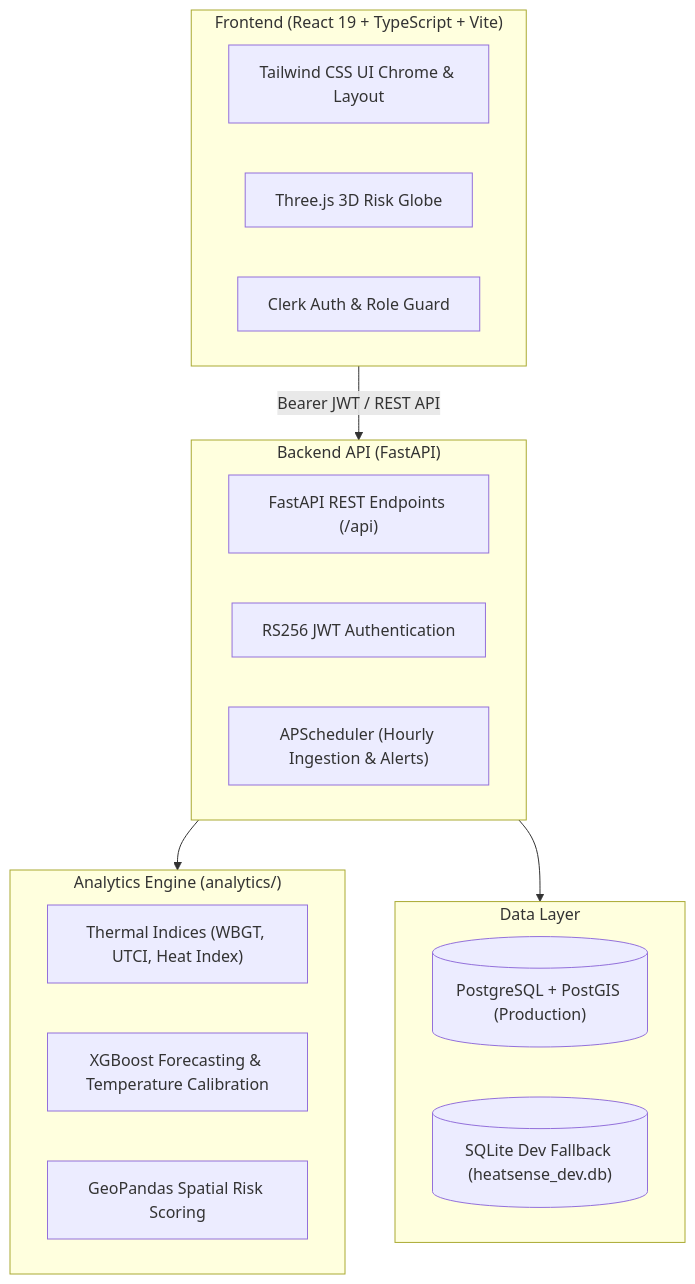
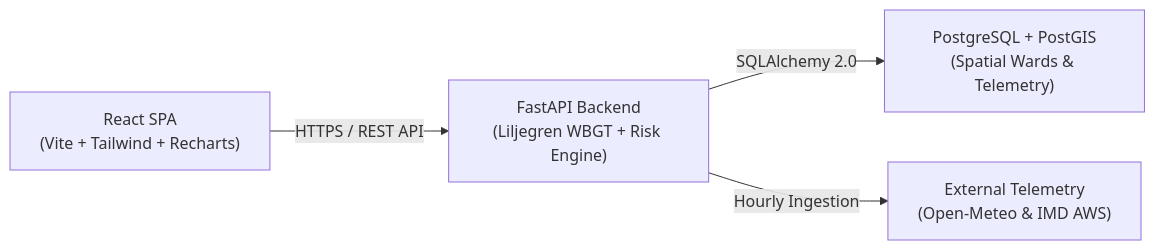
One commit to AkshatKardak/ThermaGrid changed the diagram in README.md. Above: the diagram before and after it, drawn with Mermaid. The commit also changed other lines of this file and 50 other files, not shown here.

````diff
--- a/README.md
+++ b/README.md
@@ -98,29 +33,6 @@
 ```mermaid
-flowchart TD
-  subgraph Frontend ["Frontend (React 19 + TypeScript + Vite)"]
-    UI["Tailwind CSS UI Chrome & Layout"]
-    GL["Three.js 3D Risk Globe"]
-    AuthUI["Clerk Auth & Role Guard"]
-  end
-
-  subgraph Backend ["Backend API (FastAPI)"]
-    API["FastAPI REST Endpoints (/api)"]
-    AuthGuard["RS256 JWT Authentication"]
-    Sched["APScheduler (Hourly Ingestion & Alerts)"]
-  end
-
-  subgraph Analytics ["Analytics Engine (analytics/)"]
-    Physics["Thermal Indices (WBGT, UTCI, Heat Index)"]
-    ML["XGBoost Forecasting & Temperature Calibration"]
-    Spatial["GeoPandas Spatial Risk Scoring"]
-  end
-
-  subgraph Storage ["Data Layer"]
-    PG[("PostgreSQL + PostGIS (Production)")]
-    SQLite[("SQLite Dev Fallback (heatsense_dev.db)")]
-  end
-
-  Frontend -->|Bearer JWT / REST API| Backend
-  Backend --> Analytics
-  Backend --> Storage
+flowchart LR
+    A["React SPA\n(Vite + Tailwind + Recharts)"] -->|HTTPS / REST API| B["FastAPI Backend\n(Liljegren WBGT + Risk Engine)"]
+    B -->|SQLAlchemy 2.0| C["PostgreSQL + PostGIS\n(Spatial Wards & Telemetry)"]
+    B -->|Hourly Ingestion| D["External Telemetry\n(Open-Meteo & IMD AWS)"]
 ```
````
